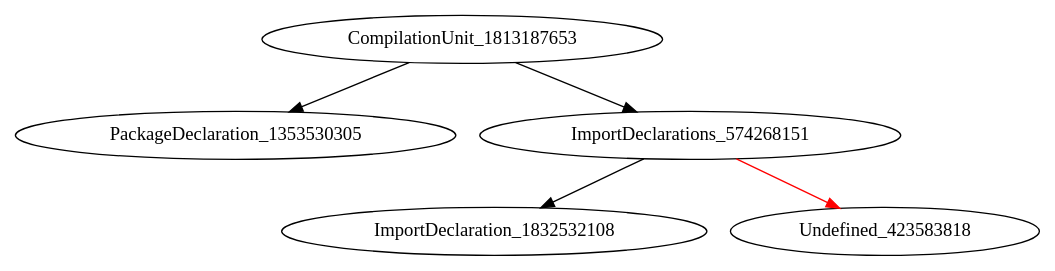
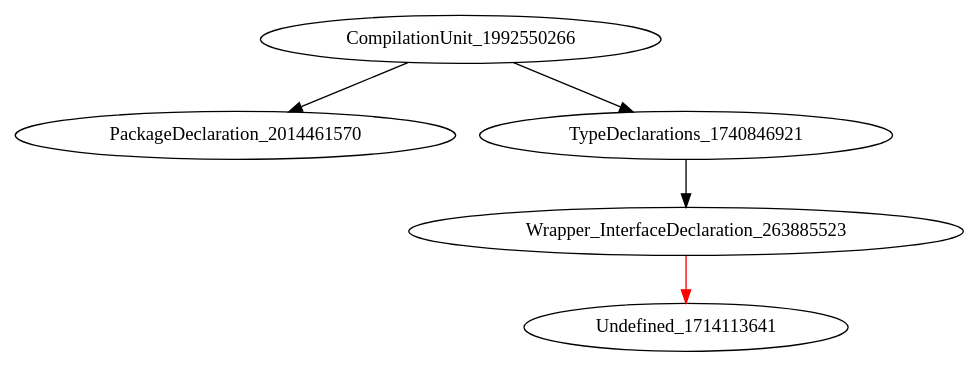
One commit to icse2023material/VoiceJava changed the diagram in holeAST.dot. Above: the diagram before and after it, drawn with Graphviz. The commit also changed 10 other files, not shown here.

```diff
--- a/holeAST.dot
+++ b/holeAST.dot
@@ -1,6 +1,6 @@
 digraph {
-CompilationUnit_1813187653 -> PackageDeclaration_1353530305
-CompilationUnit_1813187653 -> ImportDeclarations_574268151
-ImportDeclarations_574268151 -> ImportDeclaration_1832532108
-ImportDeclarations_574268151 -> Undefined_423583818 [color = red] 
+CompilationUnit_1992550266 -> PackageDeclaration_2014461570
+CompilationUnit_1992550266 -> TypeDeclarations_1740846921
+TypeDeclarations_1740846921 -> Wrapper_InterfaceDeclaration_263885523
+Wrapper_InterfaceDeclaration_263885523 -> Undefined_1714113641 [color = red] 
 }
```
